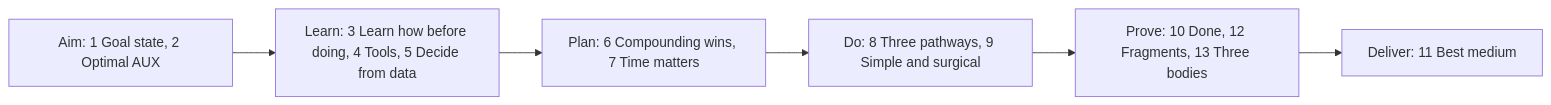
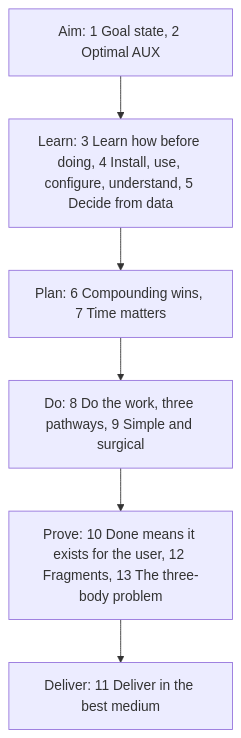
The second of 2 diagrams in README.md (SolenixAI/arbiter), drawn with Mermaid before and after one commit. The commit also changed other lines of this file and 1 other file, not shown here.

````diff
--- a/README.md
+++ b/README.md
@@ -21,6 +57,4 @@
 ```mermaid
-flowchart LR
-  A["Aim: 1 Goal state, 2 Optimal AUX"] --> L["Learn: 3 Learn how before doing, 4 Tools, 5 Decide from data"]
-  L --> P["Plan: 6 Compounding wins, 7 Time matters"] --> D["Do: 8 Three pathways, 9 Simple and surgical"]
-  D --> V["Prove: 10 Done, 12 Fragments, 13 Three bodies"] --> O["Deliver: 11 Best medium"]
+flowchart TD
+  A["Aim: 1 Goal state, 2 Optimal AUX"] --> B["Learn: 3 Learn how before doing, 4 Install, use, configure, understand, 5 Decide from data"] --> C["Plan: 6 Compounding wins, 7 Time matters"] --> D["Do: 8 Do the work, three pathways, 9 Simple and surgical"] --> E["Prove: 10 Done means it exists for the user, 12 Fragments, 13 The three-body problem"] --> F["Deliver: 11 Deliver in the best medium"]
 ```
````
